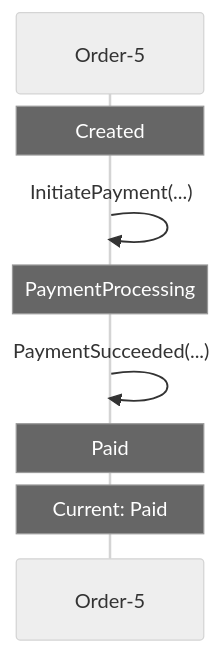
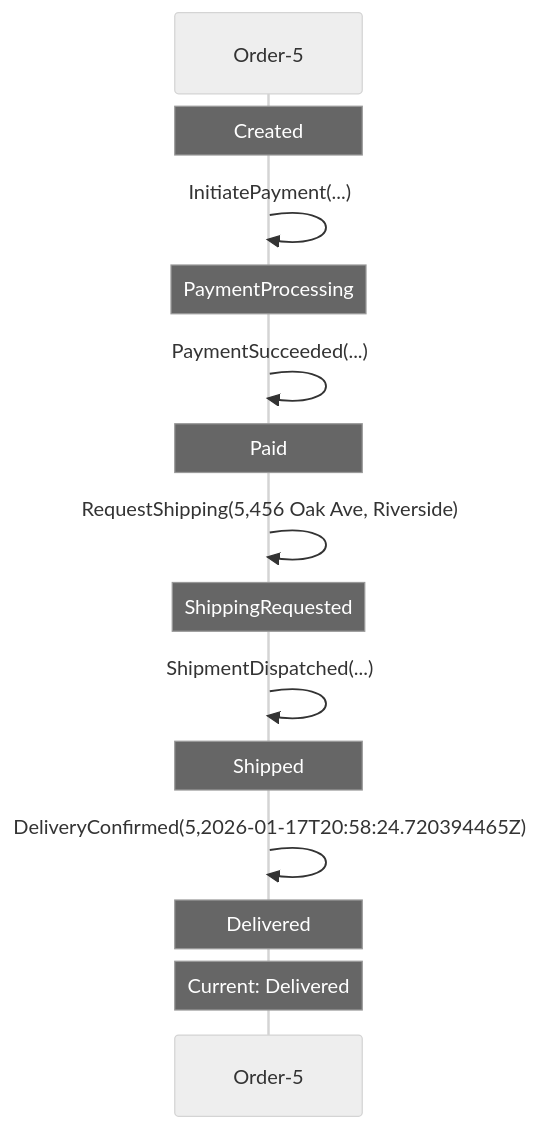
The first of 2 diagrams in docs/visualizations/order-5-trace.md (Iterable/mechanoid), drawn with Mermaid (neutral theme) before and after one commit. The commit also changed other lines of this file and 10 other files, not shown here.

````diff
--- a/docs/visualizations/order-5-trace.md
+++ b/docs/visualizations/order-5-trace.md
@@ -45,10 +7,17 @@
 ```mermaid
 sequenceDiagram
     participant FSM as Order-5
     Note over FSM: Created
     FSM->>FSM: InitiatePayment(...)
     Note over FSM: PaymentProcessing
     FSM->>FSM: PaymentSucceeded(...)
     Note over FSM: Paid
-    Note over FSM: Current: Paid
+    FSM->>FSM: RequestShipping(5,456 Oak Ave, Riverside)
+    Note over FSM: ShippingRequested
+    FSM->>FSM: ShipmentDispatched(...)
+    Note over FSM: Shipped
+    FSM->>FSM: DeliveryConfirmed(5,2026-01-17T20:58:24.720394465Z)
+    Note over FSM: Delivered
+    Note over FSM: Current: Delivered
+
 ```
````
